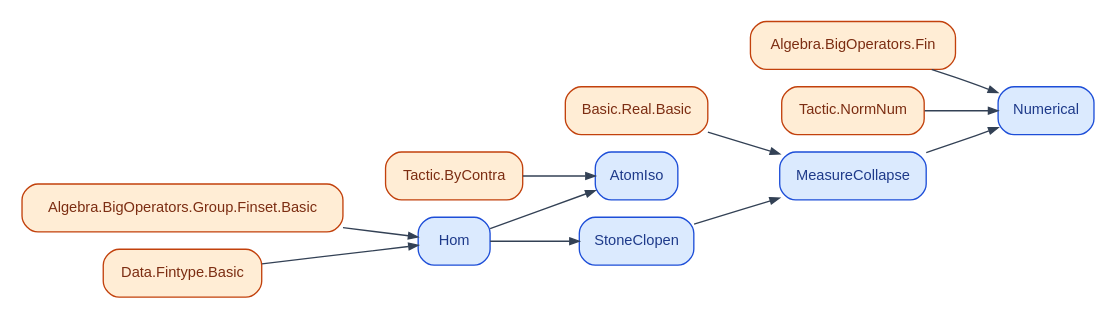
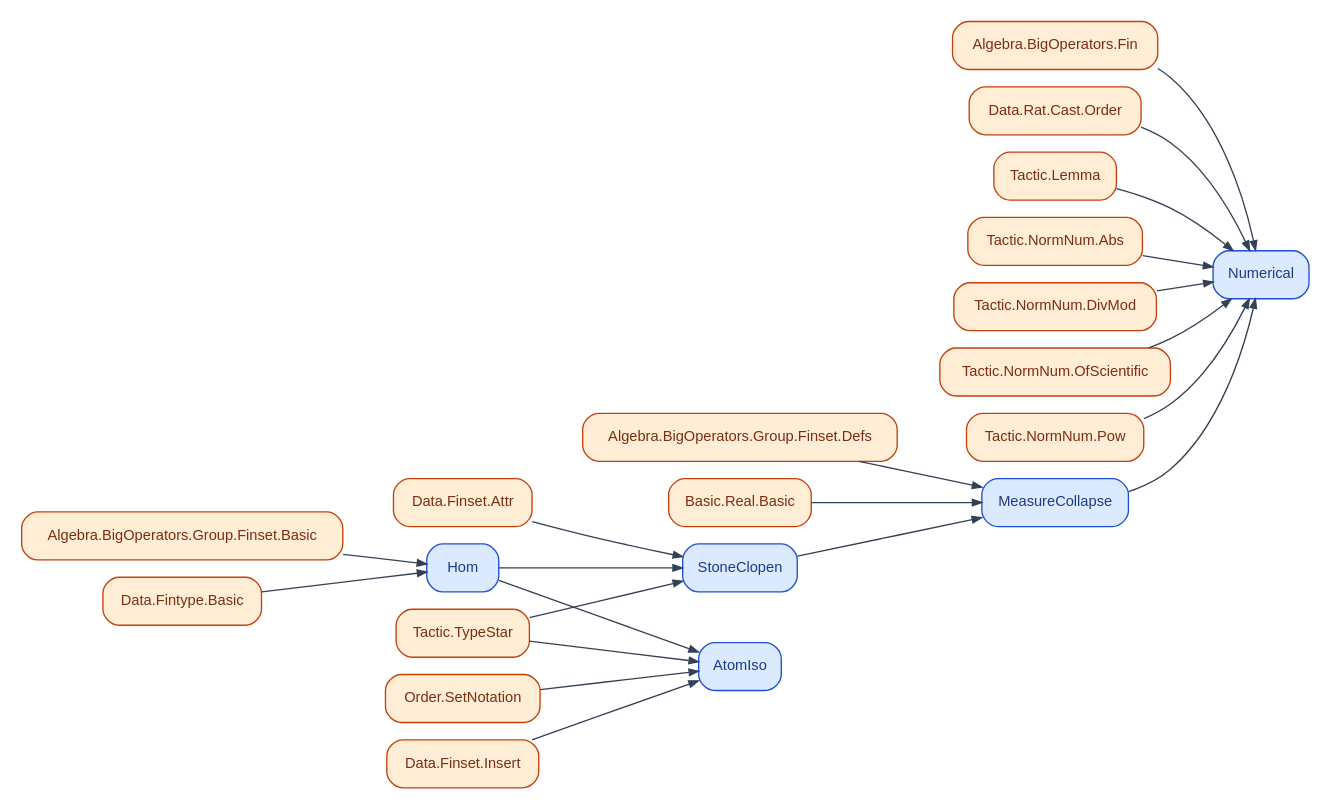
One commit to catskillsresearch/BachelorsInMeasurementTheory changed the diagram in figures/deps/Course21322.dot. Above: the diagram before and after it, drawn with Graphviz. The commit also changed 44 other files, not shown here.

Commit message:
Regenerate course Lean dependency Graphviz figures after the import shake.

```diff
--- a/figures/deps/Course21322.dot
+++ b/figures/deps/Course21322.dot
@@ -1,29 +1,48 @@
 digraph Course21322 {
   rankdir=LR;
   graph [nodesep=0.18, ranksep=0.45, pad=0.12, bgcolor="white"];
   node [shape=box, style="rounded,filled", fontname="Helvetica", fontsize=11];
   edge [color="#334155", arrowsize=0.7];
 
   LAlgebraBigOperatorsFin [label="Algebra.BigOperators.Fin", fillcolor="#ffedd5", color="#c2410c", fontcolor="#7c2d12"];
   LAlgebraBigOperatorsGroupFinsetBasic [label="Algebra.BigOperators.Group.Finset.Basic", fillcolor="#ffedd5", color="#c2410c", fontcolor="#7c2d12"];
+  LAlgebraBigOperatorsGroupFinsetDefs [label="Algebra.BigOperators.Group.Finset.Defs", fillcolor="#ffedd5", color="#c2410c", fontcolor="#7c2d12"];
   LBasicRealBasic [label="Basic.Real.Basic", fillcolor="#ffedd5", color="#c2410c", fontcolor="#7c2d12"];
+  LDataFinsetAttr [label="Data.Finset.Attr", fillcolor="#ffedd5", color="#c2410c", fontcolor="#7c2d12"];
+  LDataFinsetInsert [label="Data.Finset.Insert", fillcolor="#ffedd5", color="#c2410c", fontcolor="#7c2d12"];
   LDataFintypeBasic [label="Data.Fintype.Basic", fillcolor="#ffedd5", color="#c2410c", fontcolor="#7c2d12"];
-  LTacticByContra [label="Tactic.ByContra", fillcolor="#ffedd5", color="#c2410c", fontcolor="#7c2d12"];
-  LTacticNormNum [label="Tactic.NormNum", fillcolor="#ffedd5", color="#c2410c", fontcolor="#7c2d12"];
+  LDataRatCastOrder [label="Data.Rat.Cast.Order", fillcolor="#ffedd5", color="#c2410c", fontcolor="#7c2d12"];
+  LOrderSetNotation [label="Order.SetNotation", fillcolor="#ffedd5", color="#c2410c", fontcolor="#7c2d12"];
+  LTacticLemma [label="Tactic.Lemma", fillcolor="#ffedd5", color="#c2410c", fontcolor="#7c2d12"];
+  LTacticNormNumAbs [label="Tactic.NormNum.Abs", fillcolor="#ffedd5", color="#c2410c", fontcolor="#7c2d12"];
+  LTacticNormNumDivMod [label="Tactic.NormNum.DivMod", fillcolor="#ffedd5", color="#c2410c", fontcolor="#7c2d12"];
+  LTacticNormNumOfScientific [label="Tactic.NormNum.OfScientific", fillcolor="#ffedd5", color="#c2410c", fontcolor="#7c2d12"];
+  LTacticNormNumPow [label="Tactic.NormNum.Pow", fillcolor="#ffedd5", color="#c2410c", fontcolor="#7c2d12"];
+  LTacticTypeStar [label="Tactic.TypeStar", fillcolor="#ffedd5", color="#c2410c", fontcolor="#7c2d12"];
   MAtomIso [label="AtomIso", fillcolor="#dbeafe", color="#1d4ed8", fontcolor="#1e3a8a"];
   MHom [label="Hom", fillcolor="#dbeafe", color="#1d4ed8", fontcolor="#1e3a8a"];
   MMeasureCollapse [label="MeasureCollapse", fillcolor="#dbeafe", color="#1d4ed8", fontcolor="#1e3a8a"];
   MNumerical [label="Numerical", fillcolor="#dbeafe", color="#1d4ed8", fontcolor="#1e3a8a"];
   MStoneClopen [label="StoneClopen", fillcolor="#dbeafe", color="#1d4ed8", fontcolor="#1e3a8a"];
 
-  LTacticByContra -> MAtomIso;
+  LTacticTypeStar -> MAtomIso;
+  LDataFinsetInsert -> MAtomIso;
+  LOrderSetNotation -> MAtomIso;
   MHom -> MAtomIso;
+  LDataFintypeBasic -> MHom;
   LAlgebraBigOperatorsGroupFinsetBasic -> MHom;
-  LDataFintypeBasic -> MHom;
+  LAlgebraBigOperatorsGroupFinsetDefs -> MMeasureCollapse;
   LBasicRealBasic -> MMeasureCollapse;
   MStoneClopen -> MMeasureCollapse;
+  LTacticNormNumAbs -> MNumerical;
+  LTacticNormNumOfScientific -> MNumerical;
+  LTacticLemma -> MNumerical;
   LAlgebraBigOperatorsFin -> MNumerical;
-  LTacticNormNum -> MNumerical;
+  LTacticNormNumPow -> MNumerical;
+  LTacticNormNumDivMod -> MNumerical;
+  LDataRatCastOrder -> MNumerical;
   MMeasureCollapse -> MNumerical;
+  LTacticTypeStar -> MStoneClopen;
+  LDataFinsetAttr -> MStoneClopen;
   MHom -> MStoneClopen;
 }
```
